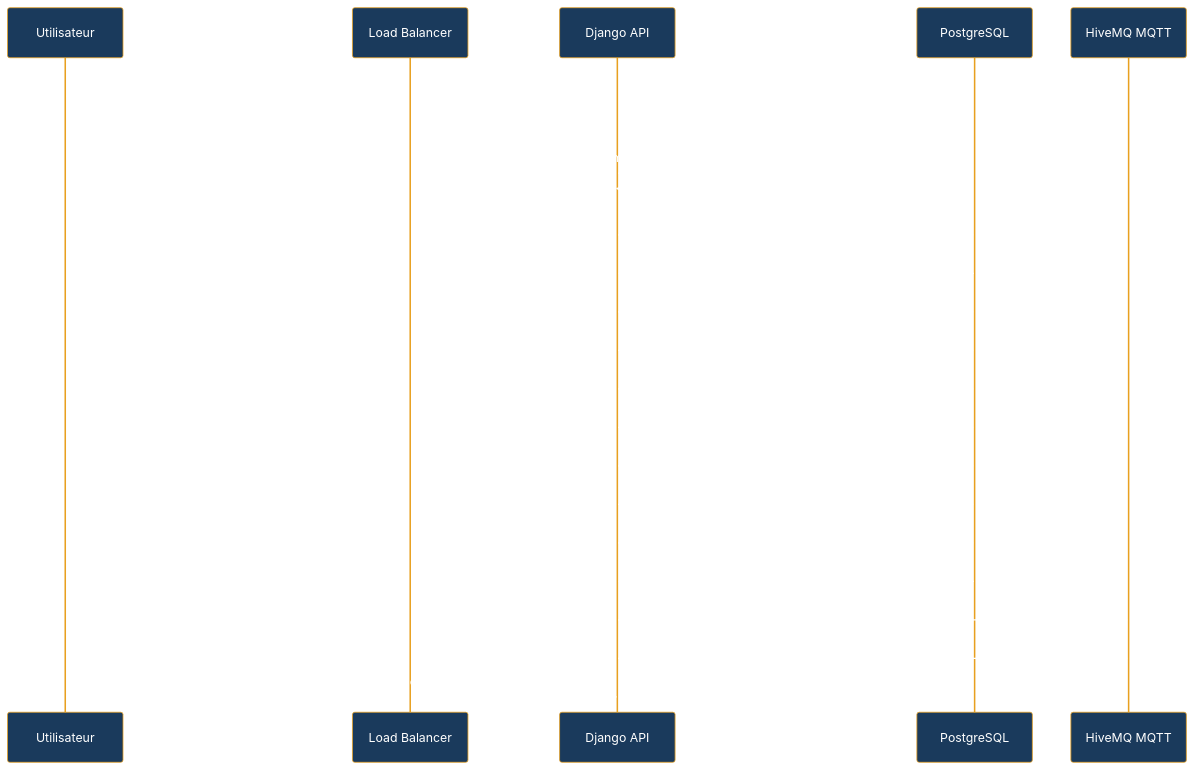
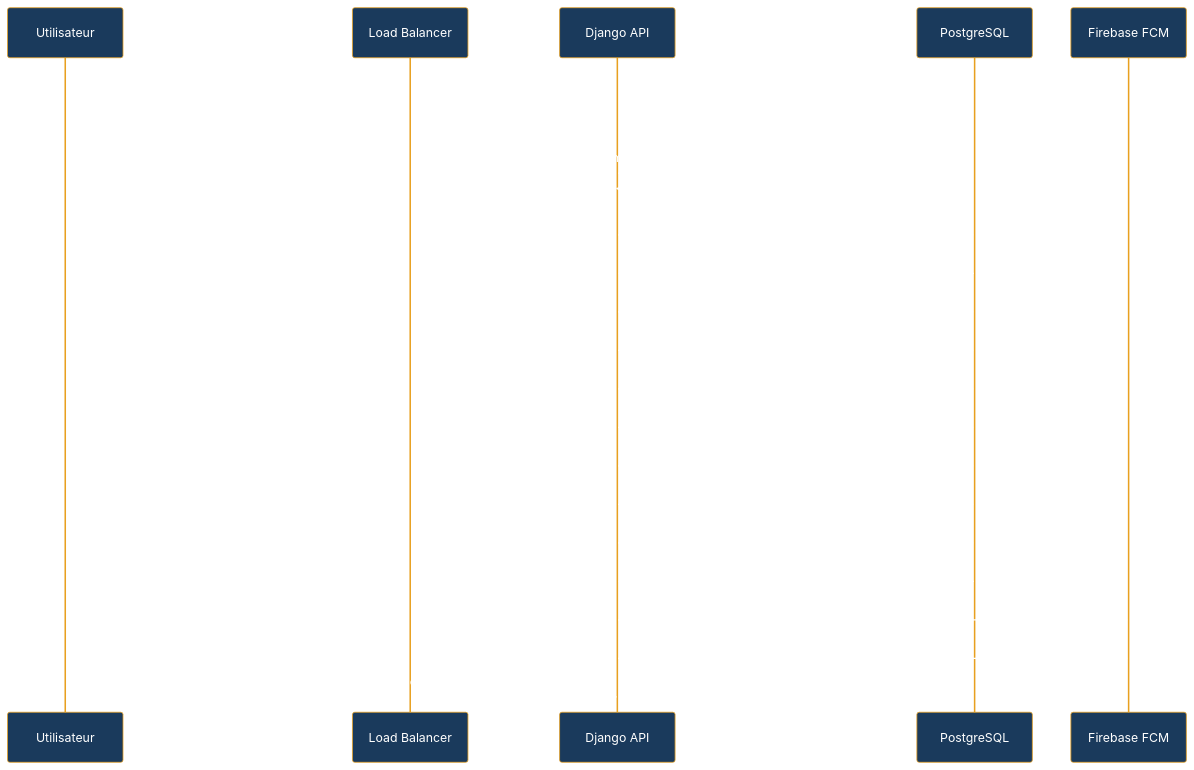
The diagram in docs/diagrams/15_securite_profondeur.mmd (deSully/pliz-backend), drawn with Mermaid before and after one commit. The commit also changed 14 other files, not shown here.

```diff
--- a/docs/diagrams/15_securite_profondeur.mmd
+++ b/docs/diagrams/15_securite_profondeur.mmd
@@ -1,37 +1,37 @@
 %%{init: {
   'theme': 'base',
   'themeVariables': {
     'primaryColor':        '#1a3a5c',
     'primaryTextColor':    '#ffffff',
     'primaryBorderColor':  '#e8a020',
     'lineColor':           '#e8a020',
     'secondaryColor':      '#0d2137',
     'tertiaryColor':       '#f0f7ff',
     'edgeLabelBackground': '#ffffff',
     'fontFamily':          'Segoe UI, Helvetica Neue, Arial, sans-serif',
     'fontSize':            '14px'
   }
 }}%%
 sequenceDiagram
     participant U as Utilisateur
     participant ALB as Load Balancer
     participant API as Django API
     participant DB as PostgreSQL
-    participant MQTT as HiveMQ MQTT
+    participant FCM as Firebase FCM
 
     U->>ALB: POST /api/transaction/send-money/ (JWT Bearer)
     ALB->>API: Forward — HTTPS TLS 1.3
     API->>API: Validation JWT · Rate limit · Resolve destinataire
     API->>DB: Vérification solde (WalletBalanceHistory)
     DB-->>API: Solde suffisant ✓
     API->>DB: BEGIN TRANSACTION SERIALIZABLE
     API->>DB: INSERT Transaction (status=PENDING)
     API->>DB: DEBIT wallet expéditeur + INSERT History
     API->>DB: CREDIT wallet destinataire + INSERT History
     API->>DB: DEBIT frais → wallet PLIIIZ + INSERT FeeDistribution
     API->>DB: UPDATE Transaction (status=SUCCESS)
     API->>DB: COMMIT
     DB-->>API: OK ✓
-    API->>MQTT: Publish notification expéditeur
-    API->>MQTT: Publish notification destinataire
+    API->>FCM: Push notification expéditeur
+    API->>FCM: Push notification destinataire
     API-->>U: 200 OK · order_id · status: success
```
